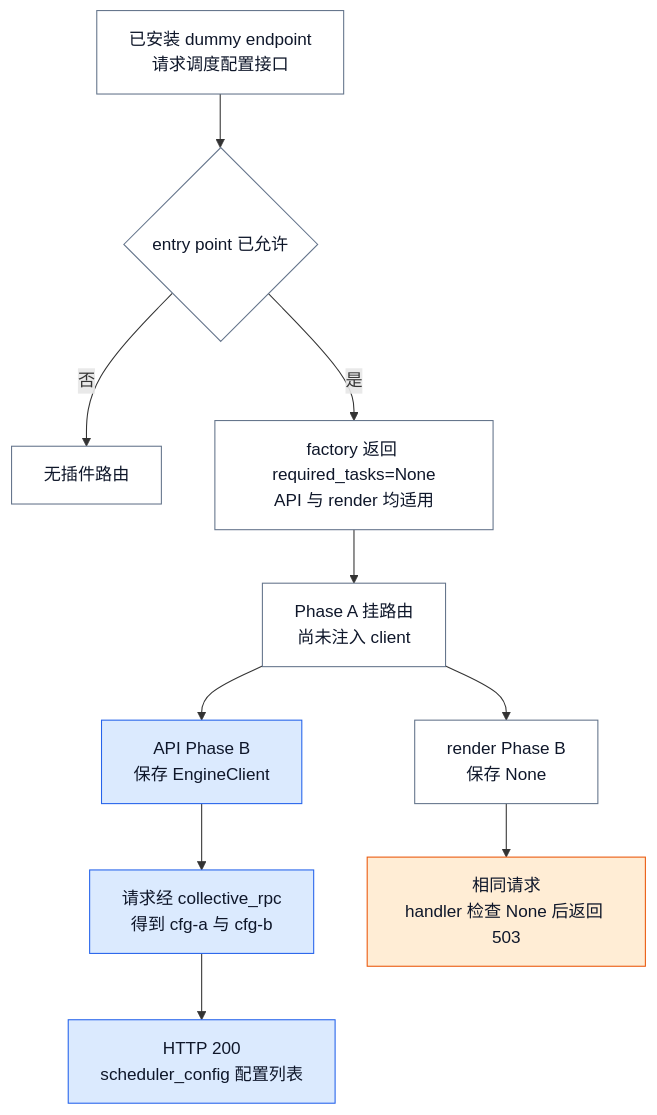
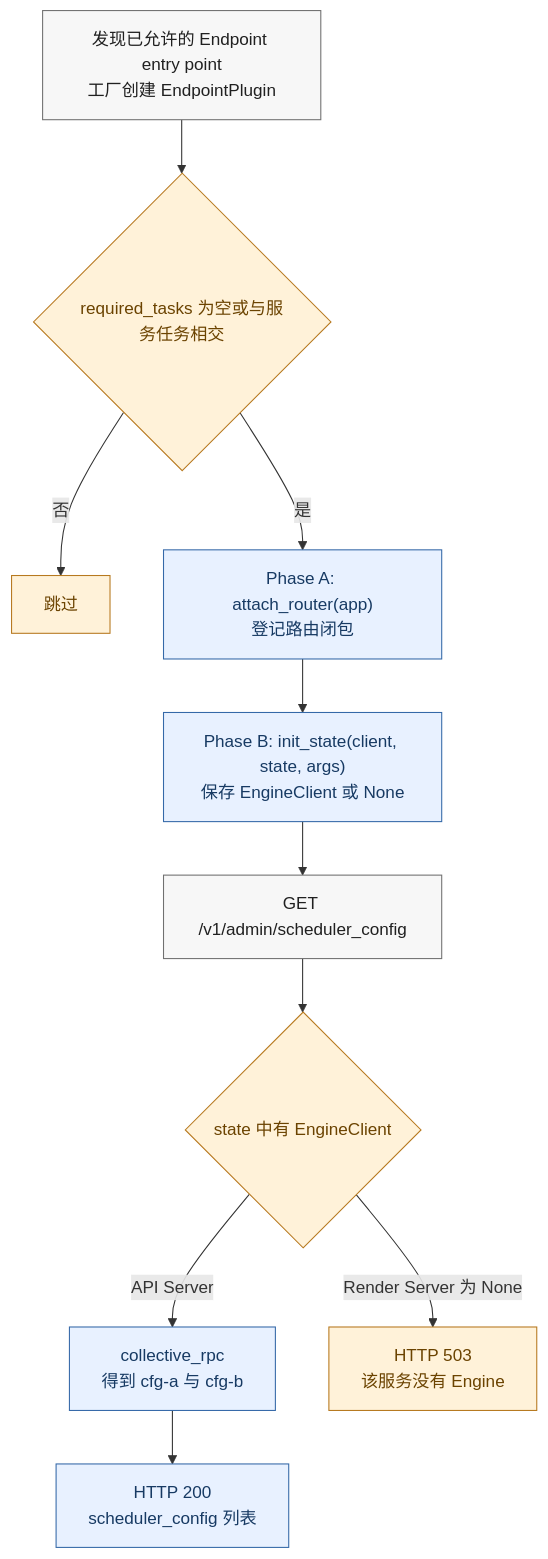
One commit to suhaibo666/llm-knowledge changed the first of 3 diagrams in wiki/02_engineering/03_infer_frameworks/vllm/24_vllm_extension_plugin_system_analysis.md. Above: the diagram before and after it, drawn with Mermaid. The commit also changed other lines of this file and 11 other files, not shown here.

````diff
--- a/wiki/02_engineering/03_infer_frameworks/vllm/24_vllm_extension_plugin_system_analysis.md
+++ b/wiki/02_engineering/03_infer_frameworks/vllm/24_vllm_extension_plugin_system_analysis.md
@@ -30,17 +42,18 @@
 ```mermaid
 flowchart TB
-  A["已安装 dummy endpoint<br/>请求调度配置接口"] --> B{"entry point 已允许"}
-  B -->|否| Z["无插件路由"]
-  B -->|是| C["factory 返回 required_tasks=None<br/>API 与 render 均适用"]
-  C --> D["Phase A 挂路由<br/>尚未注入 client"]
-  D --> E["API Phase B<br/>保存 EngineClient"]
-  D --> F["render Phase B<br/>保存 None"]
-  E --> G["请求经 collective_rpc<br/>得到 cfg-a 与 cfg-b"]
-  G --> H["HTTP 200<br/>scheduler_config 配置列表"]
-  F --> I["相同请求<br/>handler 检查 None 后返回 503"]
-  classDef default fill:#ffffff,stroke:#64748b,color:#0f172a
-  classDef acc1 fill:#dbeafe,stroke:#2563eb,color:#0f172a
-  classDef acc2 fill:#ffedd5,stroke:#ea580c,color:#0f172a
-  class E,G,H acc1
-  class I acc2
+    A["发现已允许的 Endpoint entry point<br/>工厂创建 EndpointPlugin"] --> C{"required_tasks 为空或与服务任务相交"}
+    C -->|否| X["跳过"]
+    C -->|是| D["Phase A: attach_router(app)<br/>登记路由闭包"]
+    D --> G["Phase B: init_state(client, state, args)<br/>保存 EngineClient 或 None"]
+    G --> H["GET /v1/admin/scheduler_config"]
+    H --> I{"state 中有 EngineClient"}
+    I -->|API Server| J["collective_rpc<br/>得到 cfg-a 与 cfg-b"]
+    J --> K["HTTP 200<br/>scheduler_config 列表"]
+    I -->|Render Server 为 None| R["HTTP 503<br/>该服务没有 Engine"]
+
+    classDef default fill:#f7f7f7,stroke:#707070,color:#202020
+    classDef acc1 fill:#e8f1ff,stroke:#3569a8,color:#173a63
+    classDef acc2 fill:#fff2d9,stroke:#b7791f,color:#6b4300
+    class D,G,J,K acc1
+    class C,X,I,R acc2
 ```
````
